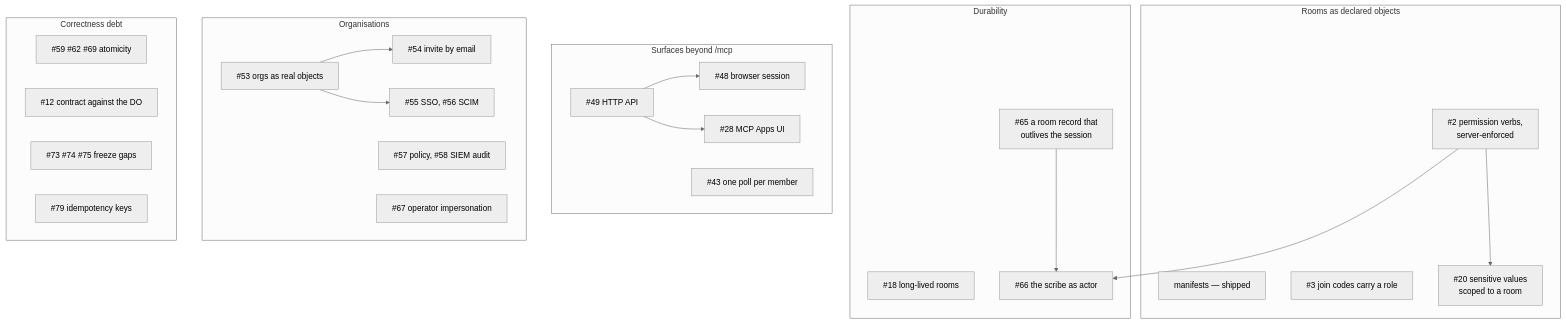
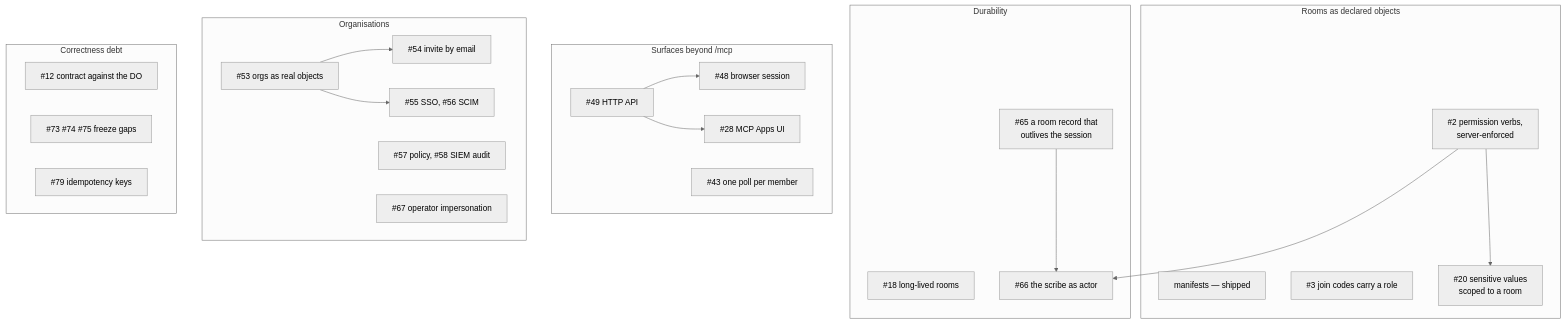
The seventh of 7 diagrams in docs/ARCHITECTURE.md (bellman-sh/bellman), drawn with Mermaid (neutral theme) before and after one commit. The commit also changed other lines of this file, not shown here.

First line of the commit message:
docs: ARCHITECTURE section 9 describes the pattern, not three open bugs

````diff
--- a/docs/ARCHITECTURE.md
+++ b/docs/ARCHITECTURE.md
@@ -333,41 +333,40 @@
 ```mermaid
 flowchart TB
     subgraph A["Rooms as declared objects"]
         A1["manifests — shipped"]
         A2["#2 permission verbs,<br/>server-enforced"]
         A3["#3 join codes carry a role"]
         A4["#20 sensitive values<br/>scoped to a room"]
     end
     subgraph B["Durability"]
         B1["#18 long-lived rooms"]
         B2["#65 a room record that<br/>outlives the session"]
         B3["#66 the scribe as actor"]
     end
     subgraph C["Surfaces beyond /mcp"]
         C1["#49 HTTP API"]
         C2["#48 browser session"]
         C3["#28 MCP Apps UI"]
         C4["#43 one poll per member"]
     end
     subgraph D["Organisations"]
         D1["#53 orgs as real objects"]
         D2["#54 invite by email"]
         D3["#55 SSO, #56 SCIM"]
         D4["#57 policy, #58 SIEM audit"]
         D5["#67 operator impersonation"]
     end
     subgraph E["Correctness debt"]
-        E1["#59 #62 #69 atomicity"]
         E2["#12 contract against the DO"]
         E3["#73 #74 #75 freeze gaps"]
         E4["#79 idempotency keys"]
     end
 
     A2 --> A4
     A2 --> B3
     B2 --> B3
     C1 --> C2
     C1 --> C3
     D1 --> D2
     D1 --> D3
 ```
````
